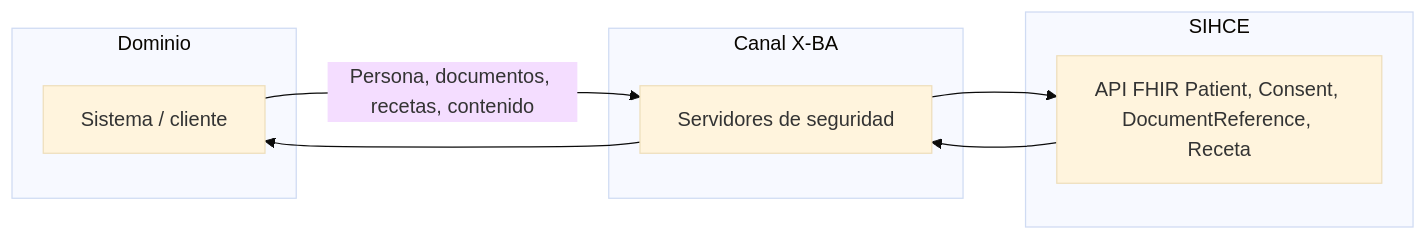
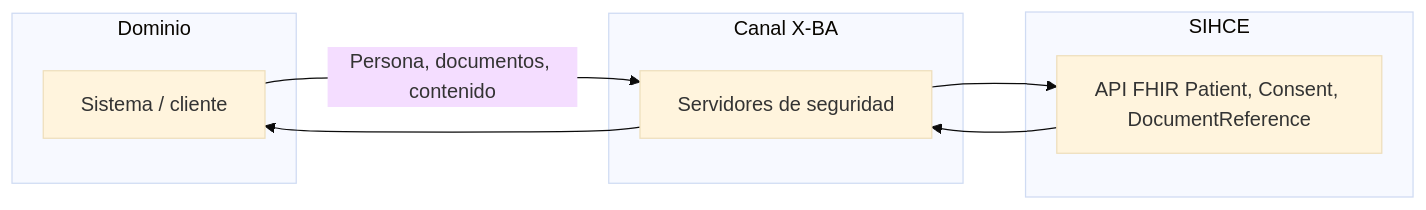
The diagram in input/pagecontent/CasosDeUso.md (HL7-AR/sihce-ig), drawn with Mermaid (base theme) before and after one commit. The commit also changed other lines of this file and 1792 other files, not shown here.

````diff
--- a/input/pagecontent/CasosDeUso.md
+++ b/input/pagecontent/CasosDeUso.md
@@ -9,16 +9,16 @@
 ```mermaid
 flowchart LR
   subgraph Dominio["Dominio"]
     CAPP[Sistema / cliente]
   end
   subgraph Canal["Canal X-BA"]
     XR[Servidores de seguridad]
   end
   subgraph Proveedor["SIHCE"]
-    FHIR[API FHIR Patient, Consent, DocumentReference, Receta]
+    FHIR[API FHIR Patient, Consent, DocumentReference]
   end
-  CAPP -->|"Persona, documentos, recetas, contenido"| XR
+  CAPP -->|"Persona, documentos, contenido"| XR
   XR --> FHIR
   FHIR --> XR
   XR --> CAPP
 ```
````
